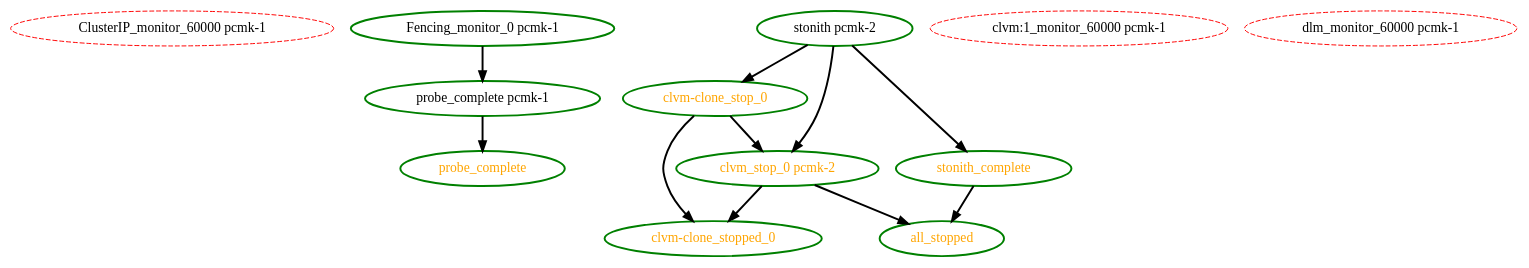
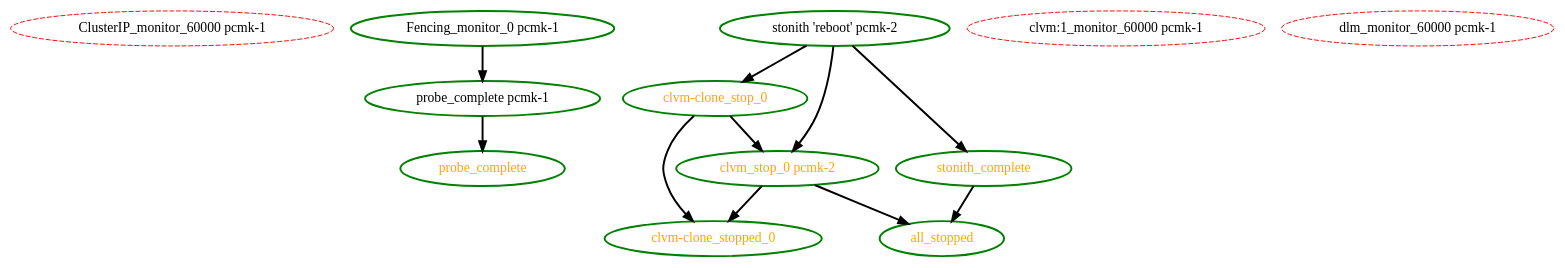
Before and after one commit to ClusterLabs/pacemaker: the diagram in pengine/test10/stop-failure-with-fencing.dot, drawn with Graphviz. The commit also changed 51 other files, not shown here.

Commit message:
Test: PE: Include stonith operation in .dot graph regression test results

```diff
--- a/pengine/test10/stop-failure-with-fencing.dot
+++ b/pengine/test10/stop-failure-with-fencing.dot
@@ -1,24 +1,24 @@
 digraph "g" {
 "ClusterIP_monitor_60000 pcmk-1" [ style=dashed color="red" fontcolor="black"]
 "Fencing_monitor_0 pcmk-1" -> "probe_complete pcmk-1" [ style = bold]
 "Fencing_monitor_0 pcmk-1" [ style=bold color="green" fontcolor="black"]
 "all_stopped" [ style=bold color="green" fontcolor="orange"]
 "clvm-clone_stop_0" -> "clvm-clone_stopped_0" [ style = bold]
 "clvm-clone_stop_0" -> "clvm_stop_0 pcmk-2" [ style = bold]
 "clvm-clone_stop_0" [ style=bold color="green" fontcolor="orange"]
 "clvm-clone_stopped_0" [ style=bold color="green" fontcolor="orange"]
 "clvm:1_monitor_60000 pcmk-1" [ style=dashed color="red" fontcolor="black"]
 "clvm_stop_0 pcmk-2" -> "all_stopped" [ style = bold]
 "clvm_stop_0 pcmk-2" -> "clvm-clone_stopped_0" [ style = bold]
 "clvm_stop_0 pcmk-2" [ style=bold color="green" fontcolor="orange"]
 "dlm_monitor_60000 pcmk-1" [ style=dashed color="red" fontcolor="black"]
 "probe_complete pcmk-1" -> "probe_complete" [ style = bold]
 "probe_complete pcmk-1" [ style=bold color="green" fontcolor="black"]
 "probe_complete" [ style=bold color="green" fontcolor="orange"]
-"stonith pcmk-2" -> "clvm-clone_stop_0" [ style = bold]
-"stonith pcmk-2" -> "clvm_stop_0 pcmk-2" [ style = bold]
-"stonith pcmk-2" -> "stonith_complete" [ style = bold]
-"stonith pcmk-2" [ style=bold color="green" fontcolor="black"]
+"stonith 'reboot' pcmk-2" -> "clvm-clone_stop_0" [ style = bold]
+"stonith 'reboot' pcmk-2" -> "clvm_stop_0 pcmk-2" [ style = bold]
+"stonith 'reboot' pcmk-2" -> "stonith_complete" [ style = bold]
+"stonith 'reboot' pcmk-2" [ style=bold color="green" fontcolor="black"]
 "stonith_complete" -> "all_stopped" [ style = bold]
 "stonith_complete" [ style=bold color="green" fontcolor="orange"]
 }
```
